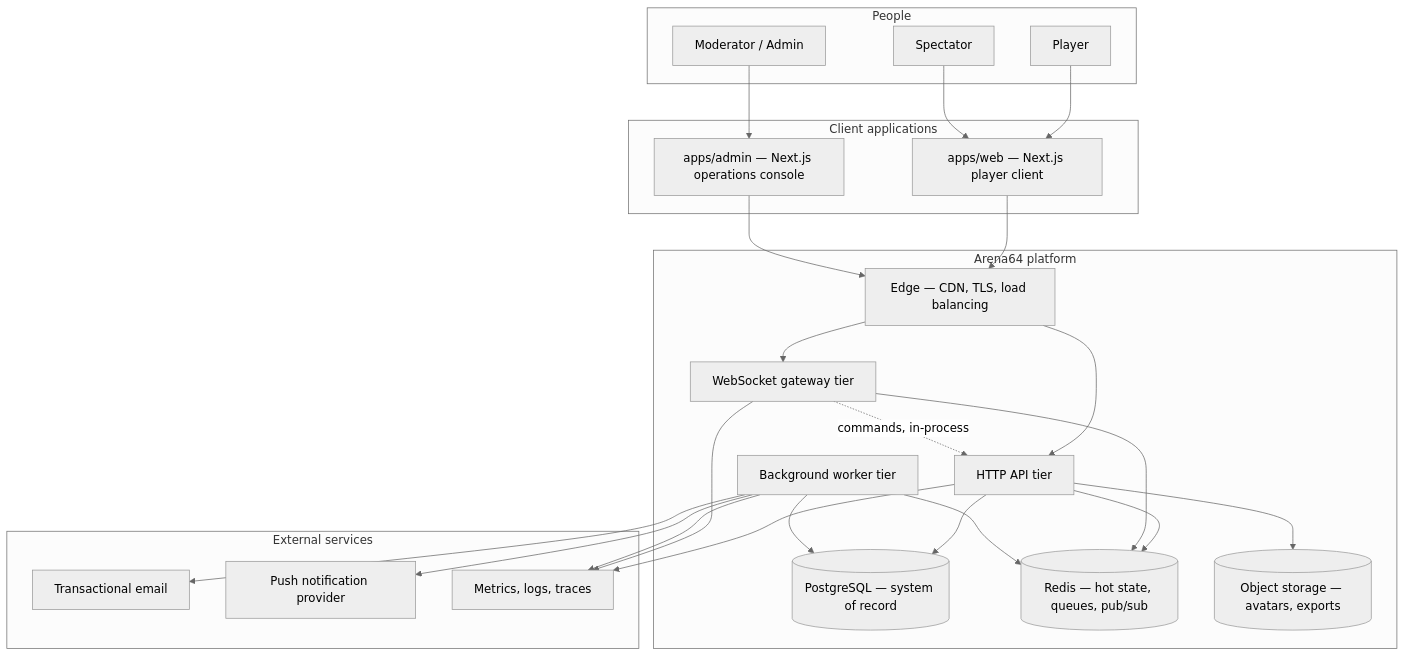
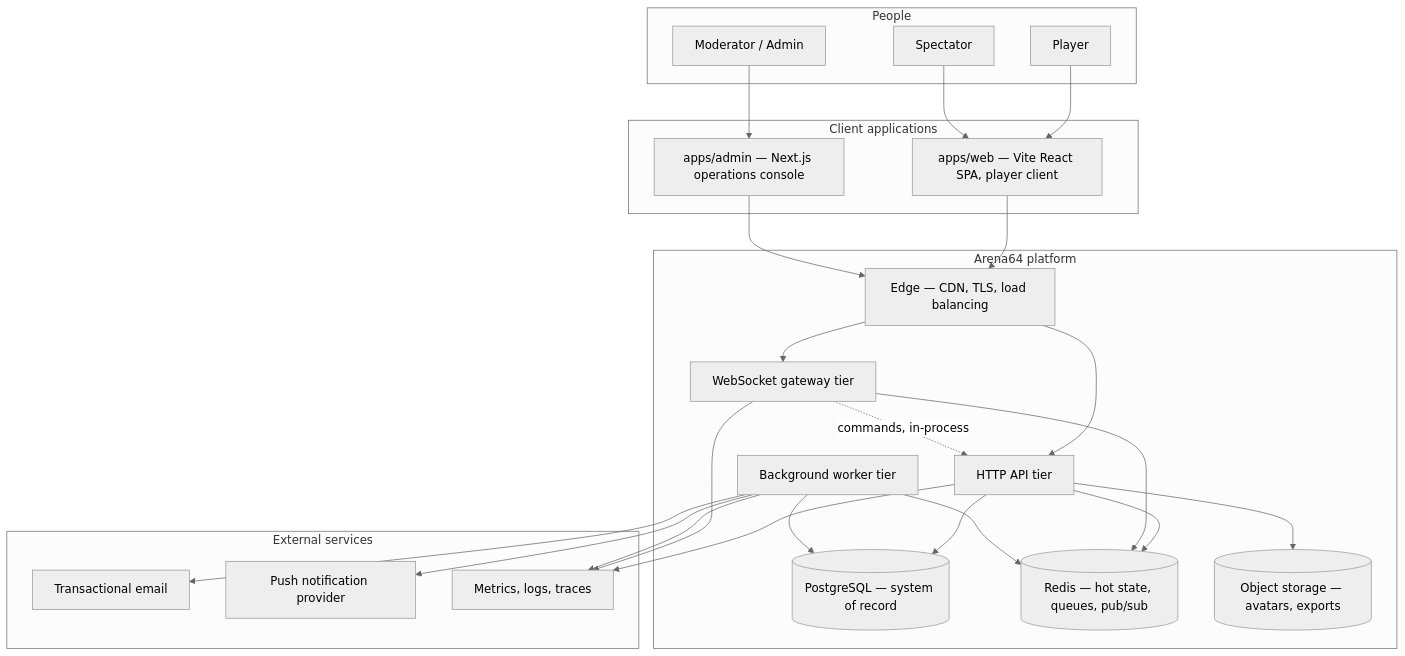
Before and after one commit to shohruh-yuldashov/arena64: the first of 8 diagrams in docs/01-architecture/architecture.md, drawn with Mermaid (neutral theme). The commit also changed other lines of this file and 107 other files, not shown here.

````diff
--- a/docs/01-architecture/architecture.md
+++ b/docs/01-architecture/architecture.md
@@ -114,49 +114,49 @@
 ```mermaid
 flowchart TB
     subgraph actors["People"]
         P["Player"]
         S["Spectator"]
         M["Moderator / Admin"]
     end
 
     subgraph clients["Client applications"]
-        WEB["apps/web — Next.js player client"]
+        WEB["apps/web — Vite React SPA, player client"]
         ADM["apps/admin — Next.js operations console"]
     end
 
     subgraph platform["Arena64 platform"]
         EDGE["Edge — CDN, TLS, load balancing"]
         API["HTTP API tier"]
         GW["WebSocket gateway tier"]
         WRK["Background worker tier"]
         PG[("PostgreSQL — system of record")]
         RDS[("Redis — hot state, queues, pub/sub")]
         OBJ[("Object storage — avatars, exports")]
     end
 
     subgraph external["External services"]
         MAIL["Transactional email"]
         PUSH["Push notification provider"]
         OTEL["Metrics, logs, traces"]
     end
 
     P --> WEB
     S --> WEB
     M --> ADM
     WEB --> EDGE
     ADM --> EDGE
     EDGE --> API
     EDGE --> GW
     API --> PG
     API --> RDS
     GW --> RDS
     GW -.->|"commands, in-process"| API
     WRK --> PG
     WRK --> RDS
     API --> OBJ
     WRK --> MAIL
     WRK --> PUSH
     API --> OTEL
     GW --> OTEL
     WRK --> OTEL
 ```
````
